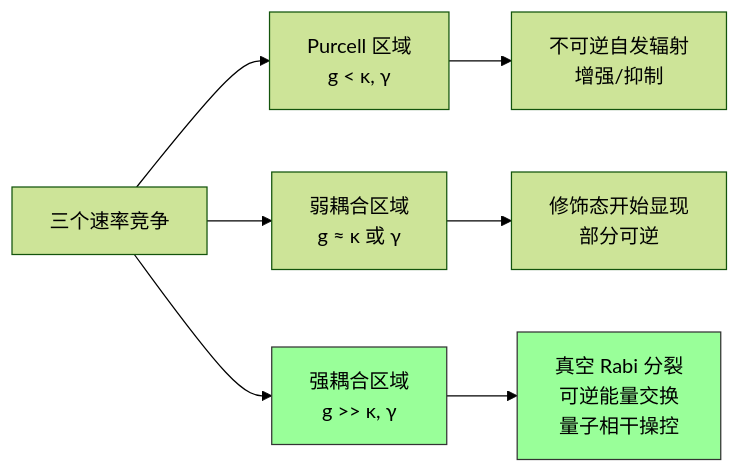
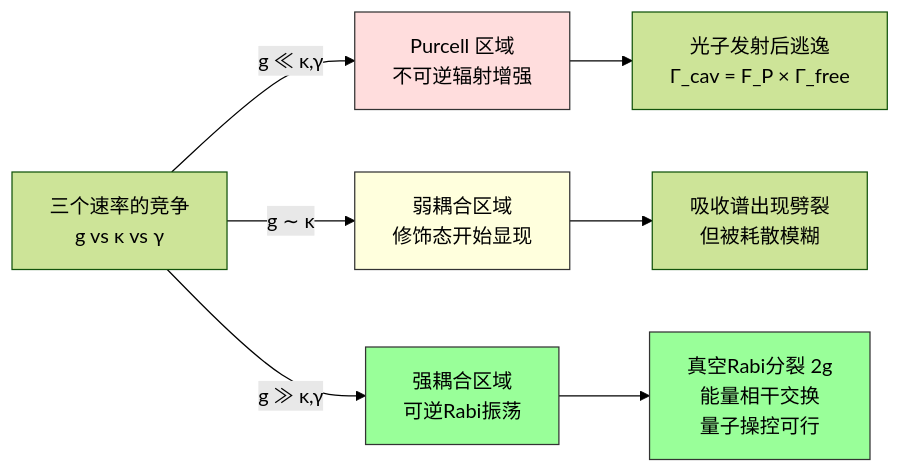
Before and after one commit to photonics-dhl/Self-learning: the first of 2 diagrams in Obsidian-Vault/1️⃣ 学科基础/📁 03 量子光学/07_腔量子电动力学.md, drawn with Mermaid (forest theme). The commit also changed other lines of this file, not shown here.

````diff
--- a/Obsidian-Vault/1️⃣ 学科基础/📁 03 量子光学/07_腔量子电动力学.md
+++ b/Obsidian-Vault/1️⃣ 学科基础/📁 03 量子光学/07_腔量子电动力学.md
@@ -71,13 +131,15 @@
 ```mermaid
 graph LR
-    A["三个速率竞争"] --> B["Purcell 区域<br/>g < κ, γ"]
-    A --> C["弱耦合区域<br/>g ≈ κ 或 γ"]
-    A --> D["强耦合区域<br/>g >> κ, γ"]
+    A["三个速率的竞争<br/>g vs κ vs γ"] -->|"g ≪ κ,γ"| B["Purcell 区域<br/>不可逆辐射增强"]
+    A -->|"g ∼ κ"| C["弱耦合区域<br/>修饰态开始显现"]
+    A -->|"g ≫ κ,γ"| D["强耦合区域<br/>可逆Rabi振荡"]
 
-    B --> B1["不可逆自发辐射<br/>增强/抑制"]
-    C --> C1["修饰态开始显现<br/>部分可逆"]
-    D --> D1["真空 Rabi 分裂<br/>可逆能量交换<br/>量子相干操控"]
+    B --> B1["光子发射后逃逸<br/>Γ_cav = F_P × Γ_free"]
+    C --> C1["吸收谱出现劈裂<br/>但被耗散模糊"]
+    D --> D1["真空Rabi分裂 2g<br/>能量相干交换<br/>量子操控可行"]
 
     style D fill:#9f9,stroke:#333
     style D1 fill:#9f9,stroke:#333
+    style B fill:#fdd,stroke:#333
+    style C fill:#ffd,stroke:#333
 ```
````
